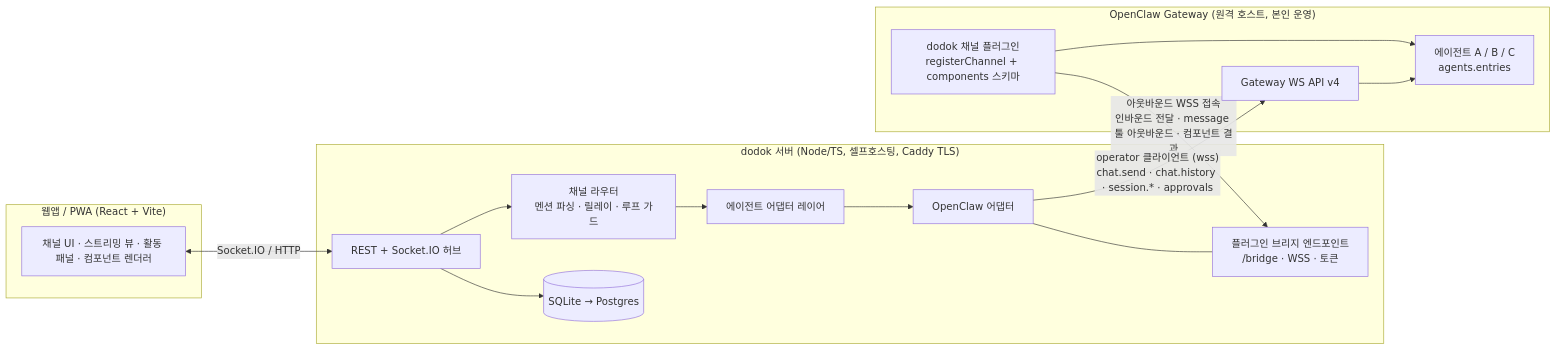
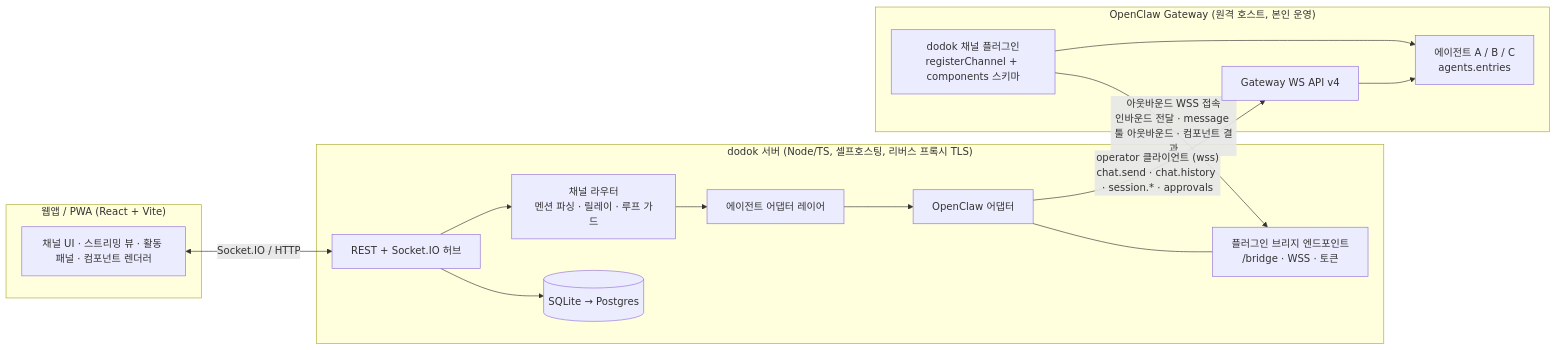
One commit to jang2162/dodok.chat changed the diagram in docs/guides/plan.md. Above: the diagram before and after it, drawn with Mermaid. The commit also changed other lines of this file and 22 other files, not shown here.

````diff
--- a/docs/guides/plan.md
+++ b/docs/guides/plan.md
@@ -167,30 +167,30 @@
 ```mermaid
 flowchart LR
   subgraph Client["웹앱 / PWA (React + Vite)"]
     UI[채널 UI · 스트리밍 뷰 · 활동 패널 · 컴포넌트 렌더러]
   end
 
-  subgraph Server["dodok 서버 (Node/TS, 셀프호스팅, Caddy TLS)"]
+  subgraph Server["dodok 서버 (Node/TS, 셀프호스팅, 리버스 프록시 TLS)"]
     API[REST + Socket.IO 허브]
     Router[채널 라우터<br/>멘션 파싱 · 릴레이 · 루프 가드]
     Adapters[에이전트 어댑터 레이어]
     OCAdapter[OpenClaw 어댑터]
     Bridge[플러그인 브리지 엔드포인트<br/>/bridge · WSS · 토큰]
     DB[(SQLite → Postgres)]
   end
 
   subgraph OpenClaw["OpenClaw Gateway (원격 호스트, 본인 운영)"]
     Plugin[dodok 채널 플러그인<br/>registerChannel + components 스키마]
     Agents[에이전트 A / B / C<br/>agents.entries]
     WS[Gateway WS API v4]
   end
 
   UI <-- "Socket.IO / HTTP" --> API
   API --> Router --> Adapters --> OCAdapter
   OCAdapter --- Bridge
   Plugin -- "아웃바운드 WSS 접속<br/>인바운드 전달 · message 툴 아웃바운드 · 컴포넌트 결과" --> Bridge
   Plugin --> Agents
   OCAdapter -- "operator 클라이언트 (wss)<br/>chat.send · chat.history · session.* · approvals" --> WS
   WS --> Agents
   API --> DB
 ```
````
